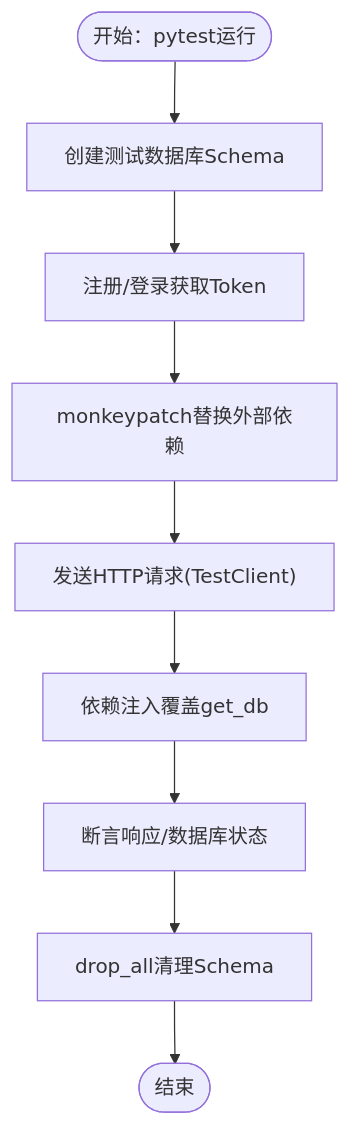
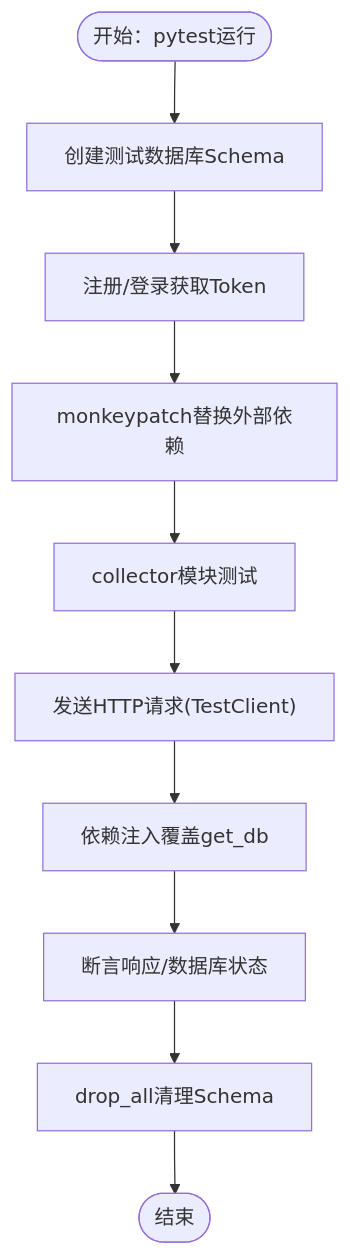
One commit to dream-ze/AI_huoke- changed the third of 7 diagrams in .qoder/repowiki/zh/content/开发指南/测试策略.md. Above: the diagram before and after it, drawn with Mermaid. The commit also changed other lines of this file and 52 other files, not shown here.

````diff
--- a/.qoder/repowiki/zh/content/开发指南/测试策略.md
+++ b/.qoder/repowiki/zh/content/开发指南/测试策略.md
@@ -154,11 +190,12 @@
 ```mermaid
 flowchart TD
 Start(["开始：pytest运行"]) --> Fixture["创建测试数据库Schema"]
 Fixture --> Auth["注册/登录获取Token"]
 Auth --> Mock["monkeypatch替换外部依赖"]
-Mock --> Request["发送HTTP请求(TestClient)"]
+Mock --> CollectorTest["collector模块测试"]
+CollectorTest --> Request["发送HTTP请求(TestClient)"]
 Request --> DB["依赖注入覆盖get_db"]
 DB --> Assert["断言响应/数据库状态"]
 Assert --> Clean["drop_all清理Schema"]
 Clean --> End(["结束"])
 ```
````
